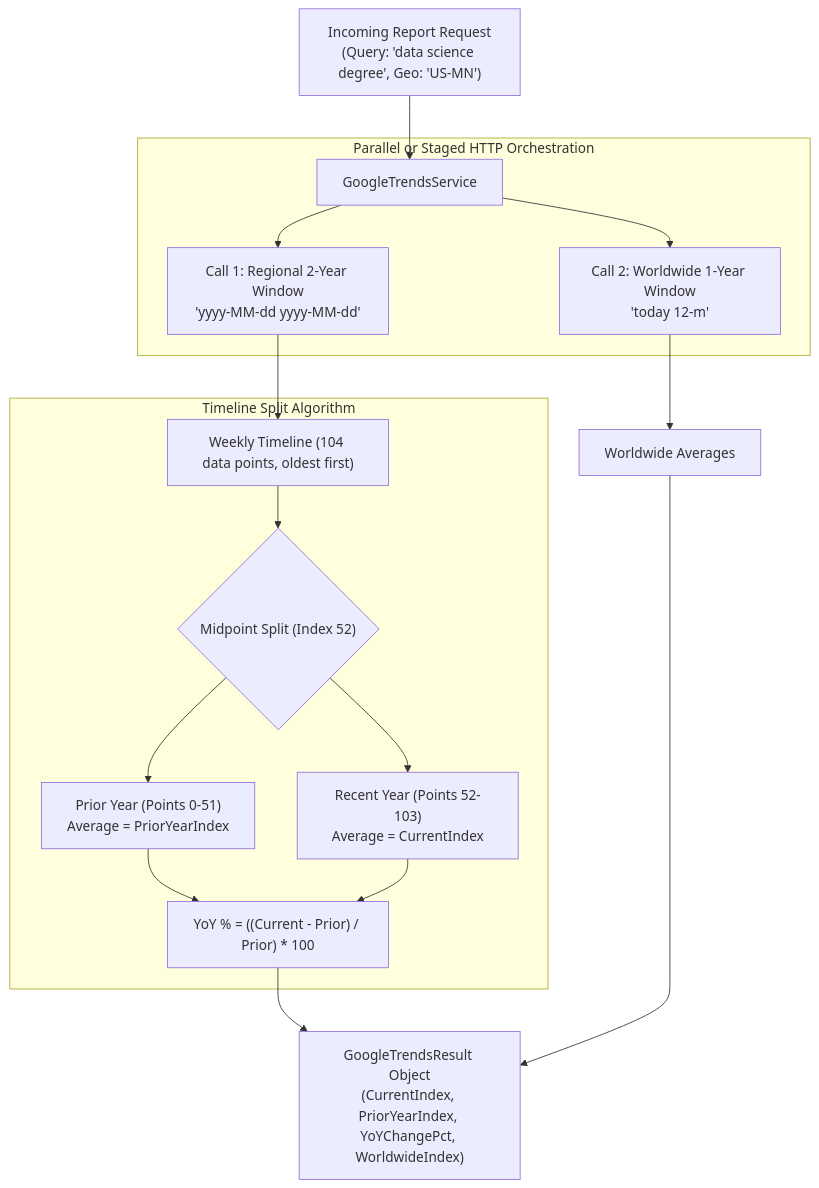
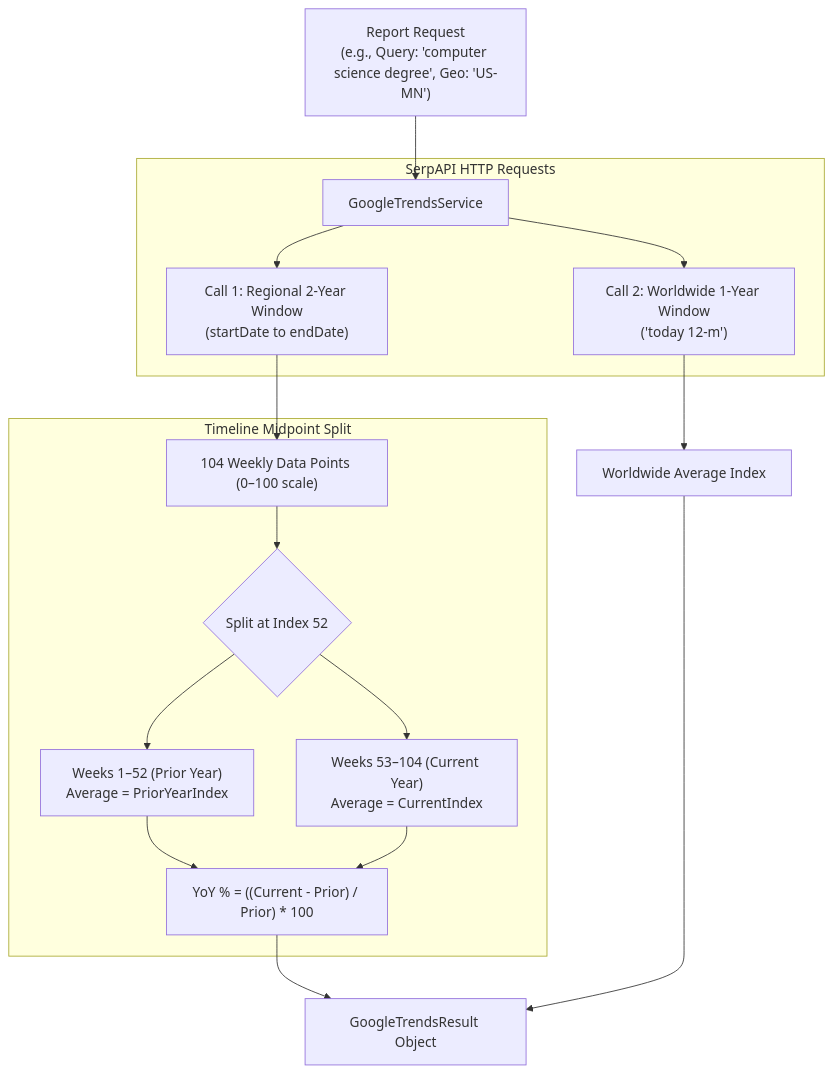
One commit to liams04/PMRA-Portfolio changed the diagram in examples/google-trends-serpapi/README.md. Above: the diagram before and after it, drawn with Mermaid. The commit also changed other lines of this file and 11 other files, not shown here.

````diff
--- a/examples/google-trends-serpapi/README.md
+++ b/examples/google-trends-serpapi/README.md
@@ -17,21 +14,21 @@
 ```mermaid
 flowchart TD
-    Req["Incoming Report Request<br/>(Query: 'data science degree', Geo: 'US-MN')"] --> Svc["GoogleTrendsService"]
+    Req["Report Request<br/>(e.g., Query: 'computer science degree', Geo: 'US-MN')"] --> Svc["GoogleTrendsService"]
     
-    subgraph Execution["Parallel or Staged HTTP Orchestration"]
-        Svc --> Call1["Call 1: Regional 2-Year Window<br/>'yyyy-MM-dd yyyy-MM-dd'"]
-        Svc --> Call2["Call 2: Worldwide 1-Year Window<br/>'today 12-m'"]
+    subgraph Calls["SerpAPI HTTP Requests"]
+        Svc --> Call1["Call 1: Regional 2-Year Window<br/>(startDate to endDate)"]
+        Svc --> Call2["Call 2: Worldwide 1-Year Window<br/>('today 12-m')"]
     end
 
-    Call1 --> TL["Weekly Timeline (104 data points, oldest first)"]
-    Call2 --> WW["Worldwide Averages"]
+    Call1 --> TL["104 Weekly Data Points (0–100 scale)"]
+    Call2 --> WW["Worldwide Average Index"]
 
-    subgraph Derivation["Timeline Split Algorithm"]
-        TL --> Split{"Midpoint Split (Index 52)"}
-        Split --> Prior["Prior Year (Points 0-51)<br/>Average = PriorYearIndex"]
-        Split --> Current["Recent Year (Points 52-103)<br/>Average = CurrentIndex"]
+    subgraph Math["Timeline Midpoint Split"]
+        TL --> Split{"Split at Index 52"}
+        Split --> Prior["Weeks 1–52 (Prior Year)<br/>Average = PriorYearIndex"]
+        Split --> Current["Weeks 53–104 (Current Year)<br/>Average = CurrentIndex"]
         Prior & Current --> YoY["YoY % = ((Current - Prior) / Prior) * 100"]
     end
 
-    YoY & WW --> Result["GoogleTrendsResult Object<br/>(CurrentIndex, PriorYearIndex, YoYChangePct, WorldwideIndex)"]
+    YoY & WW --> Result["GoogleTrendsResult Object"]
 ```
````
